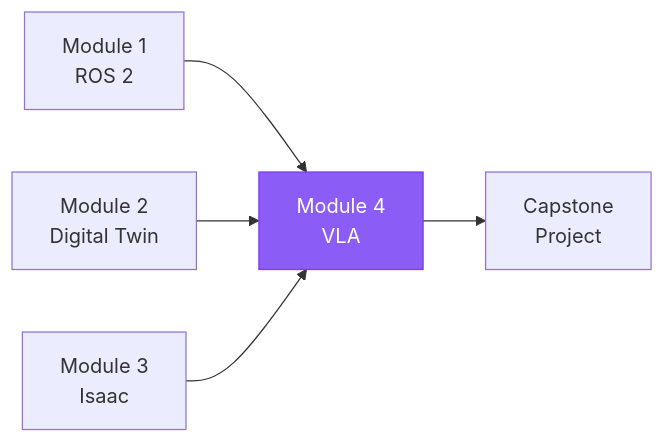
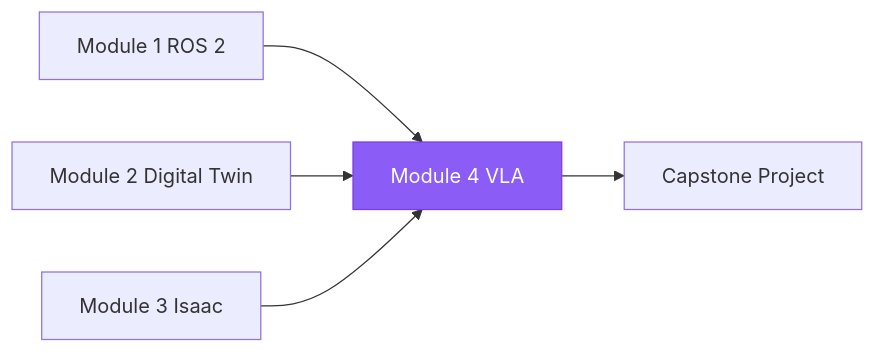
The second of 2 diagrams in docs/modules/module-4-vla/index.md (shakir-hussain1/physical-AI-and-humanoid-robotics-textbook-by-shakir-hussain), drawn with Mermaid before and after one commit. The commit also changed 17 other files, not shown here.

Commit message:
fix: Remove br tags from Mermaid diagrams causing parse errors

````diff
--- a/docs/modules/module-4-vla/index.md
+++ b/docs/modules/module-4-vla/index.md
@@ -127,9 +127,9 @@
 ```mermaid
 flowchart LR
-    M1["Module 1<br/>ROS 2"] --> M4["Module 4<br/>VLA"]
-    M2["Module 2<br/>Digital Twin"] --> M4
-    M3["Module 3<br/>Isaac"] --> M4
-    M4 --> CAP["Capstone<br/>Project"]
+    M1["Module 1 ROS 2"] --> M4["Module 4 VLA"]
+    M2["Module 2 Digital Twin"] --> M4
+    M3["Module 3 Isaac"] --> M4
+    M4 --> CAP["Capstone Project"]
 
     style M4 fill:#8b5cf6,stroke:#7c3aed,color:#fff
 ```
````
